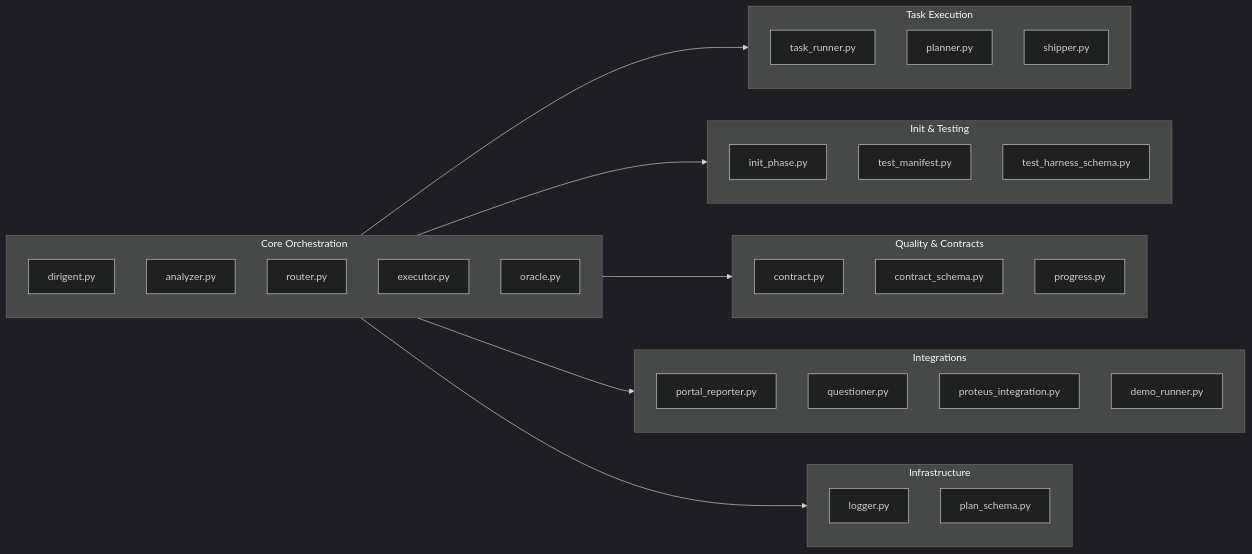
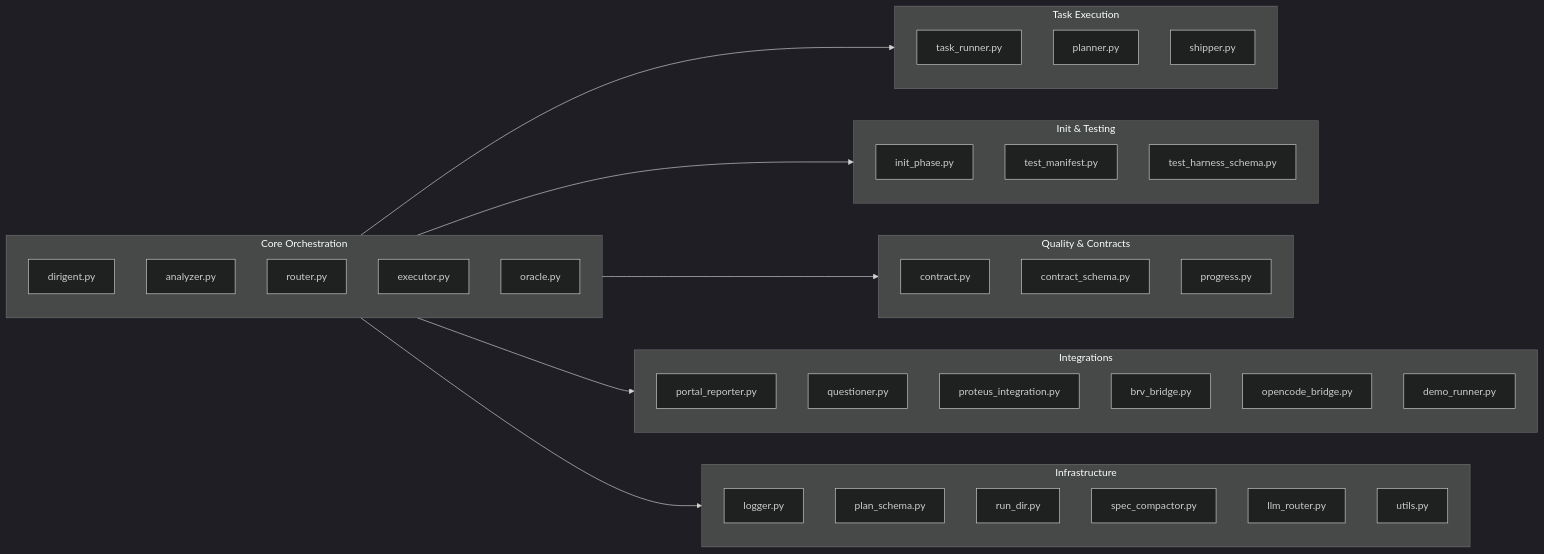
The fourth of 7 diagrams in ARCHITECTURE.md (BIDEquity/outbid-dirigent), drawn with Mermaid (dark theme) before and after one commit. The commit also changed other lines of this file and 3 other files, not shown here.

````diff
--- a/ARCHITECTURE.md
+++ b/ARCHITECTURE.md
@@ -107,46 +109,52 @@
 ```mermaid
 graph LR
     subgraph Core["Core Orchestration"]
         dirigent.py
         analyzer.py
         router.py
         executor.py
         oracle.py
     end
 
     subgraph Execution["Task Execution"]
         task_runner.py
         planner.py
         shipper.py
     end
 
     subgraph Init["Init & Testing"]
         init_phase.py
         test_manifest.py
         test_harness_schema.py
     end
 
     subgraph Quality["Quality & Contracts"]
         contract.py
         contract_schema.py
         progress.py
     end
 
     subgraph Integration["Integrations"]
         portal_reporter.py
         questioner.py
         proteus_integration.py
+        brv_bridge.py
+        opencode_bridge.py
         demo_runner.py
     end
 
     subgraph Infra["Infrastructure"]
         logger.py
         plan_schema.py
+        run_dir.py
+        spec_compactor.py
+        llm_router.py
+        utils.py
     end
 
     Core --> Execution
     Core --> Init
     Core --> Quality
     Core --> Integration
     Core --> Infra
 ```
````
